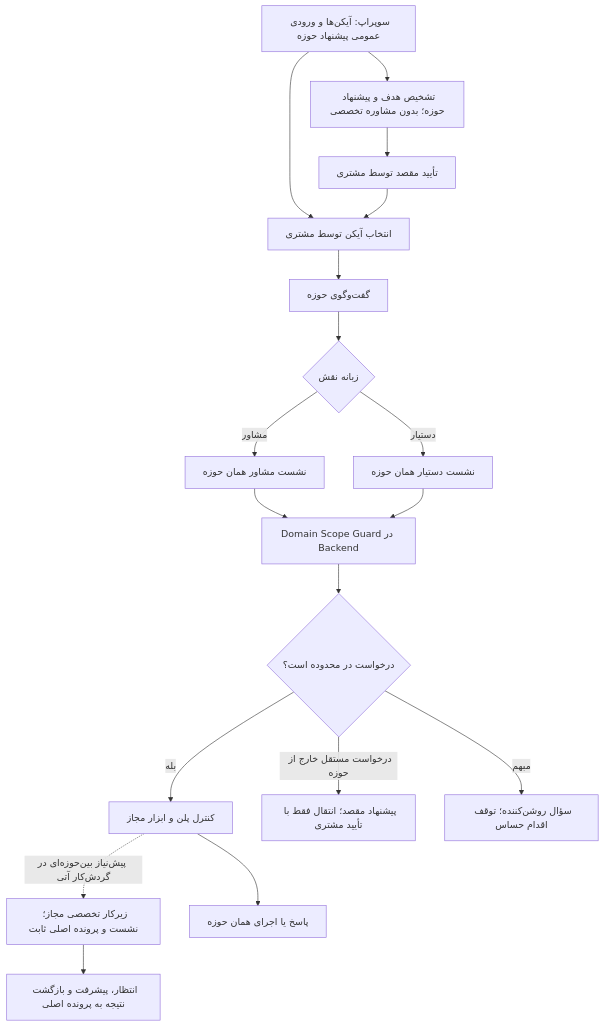
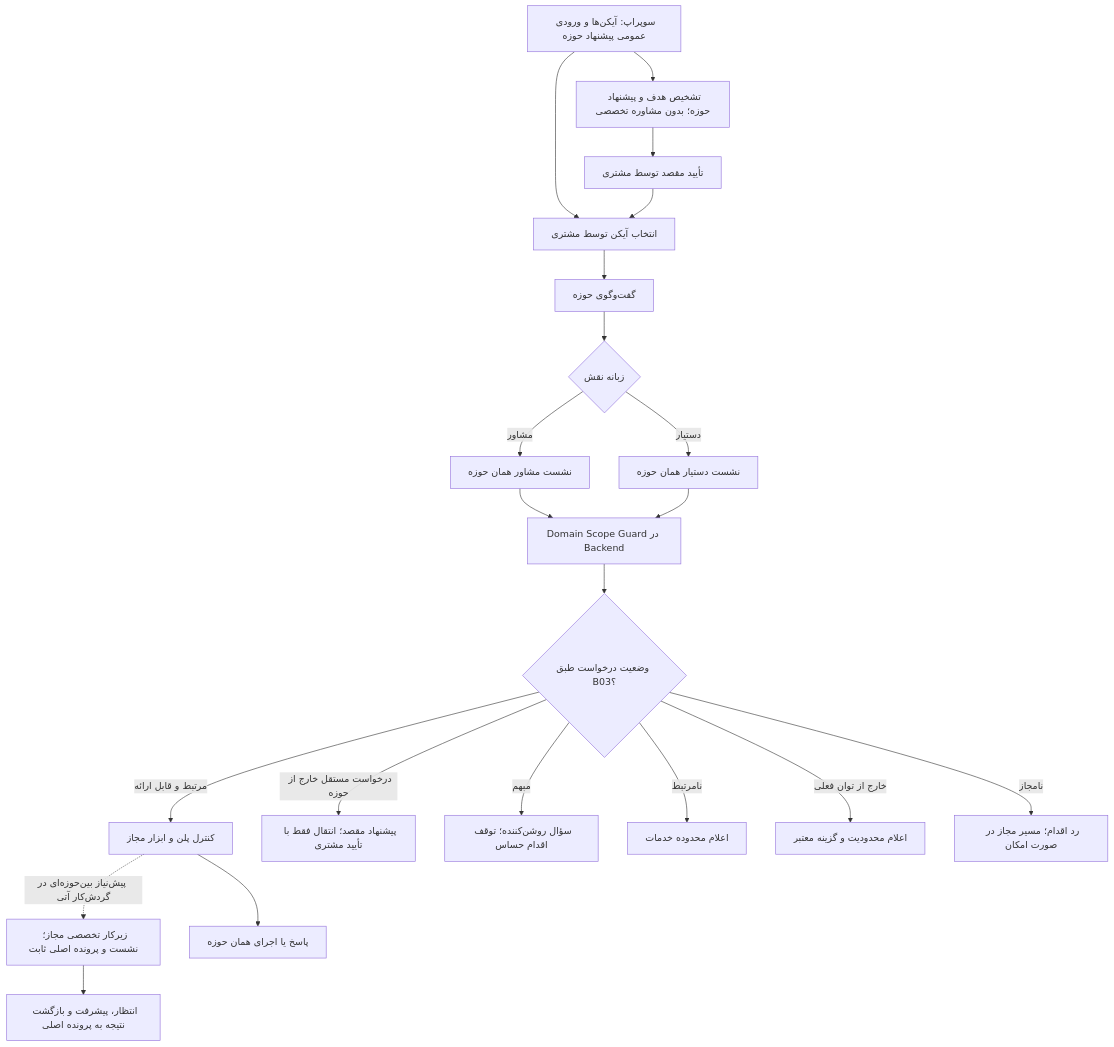
One commit to Brotherlouiee/shahab-demo changed diagram 14 of 26 in docs/SHAHAB_PHASE_2_DEVELOPMENT_BLUEPRINT.md. Above: the diagram before and after it, drawn with Mermaid. The commit also changed other lines of this file, not shown here.

````diff
--- a/docs/SHAHAB_PHASE_2_DEVELOPMENT_BLUEPRINT.md
+++ b/docs/SHAHAB_PHASE_2_DEVELOPMENT_BLUEPRINT.md
@@ -1399,18 +1402,21 @@
 ```mermaid
 flowchart TD
     HOME["سوپراپ: آیکن‌ها و ورودی عمومی پیشنهاد حوزه"] --> DOMAIN["انتخاب آیکن توسط مشتری"]
     HOME --> SUG["تشخیص هدف و پیشنهاد حوزه؛ بدون مشاوره تخصصی"]
     SUG --> CONF["تأیید مقصد توسط مشتری"] --> DOMAIN
     DOMAIN --> CHAT["گفت‌وگوی حوزه"] --> MODE{"زبانه نقش"}
     MODE -->|مشاور| A["نشست مشاور همان حوزه"]
     MODE -->|دستیار| B["نشست دستیار همان حوزه"]
     A --> GUARD["Domain Scope Guard در Backend"]
     B --> GUARD
-    GUARD --> CHECK{"درخواست در محدوده است؟"}
-    CHECK -->|بله| ENT["کنترل پلن و ابزار مجاز"]
+    GUARD --> CHECK{"وضعیت درخواست طبق B03؟"}
+    CHECK -->|مرتبط و قابل ارائه| ENT["کنترل پلن و ابزار مجاز"]
     ENT -. "پیش‌نیاز بین‌حوزه‌ای در گردش‌کار آتی" .-> SUB["زیرکار تخصصی مجاز؛ نشست و پرونده اصلی ثابت"]
     SUB --> WAIT["انتظار، پیشرفت و بازگشت نتیجه به پرونده اصلی"]
     CHECK -->|درخواست مستقل خارج از حوزه| REF["پیشنهاد مقصد؛ انتقال فقط با تأیید مشتری"]
     CHECK -->|مبهم| CLAR["سؤال روشن‌کننده؛ توقف اقدام حساس"]
+    CHECK -->|نامرتبط| UNREL["اعلام محدوده خدمات"]
+    CHECK -->|خارج از توان فعلی| UNAV["اعلام محدودیت و گزینه معتبر"]
+    CHECK -->|نامجاز| DENY["رد اقدام؛ مسیر مجاز در صورت امکان"]
     ENT --> EXEC["پاسخ یا اجرای همان حوزه"]
 ```
````
